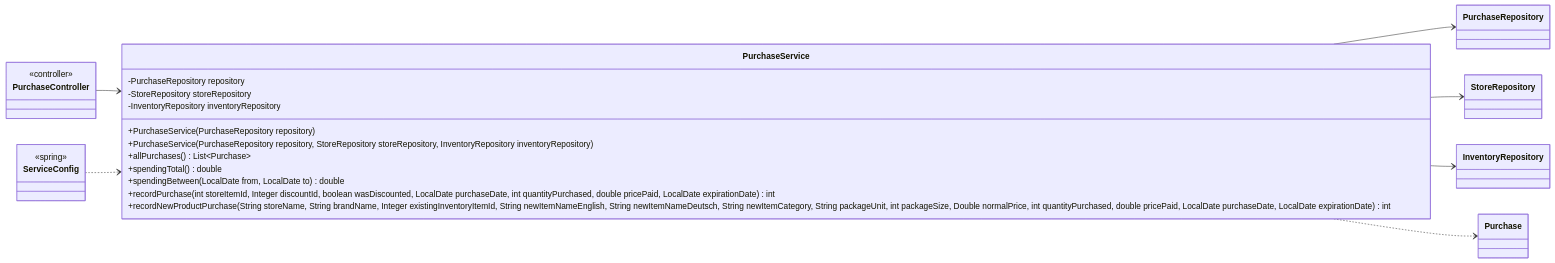
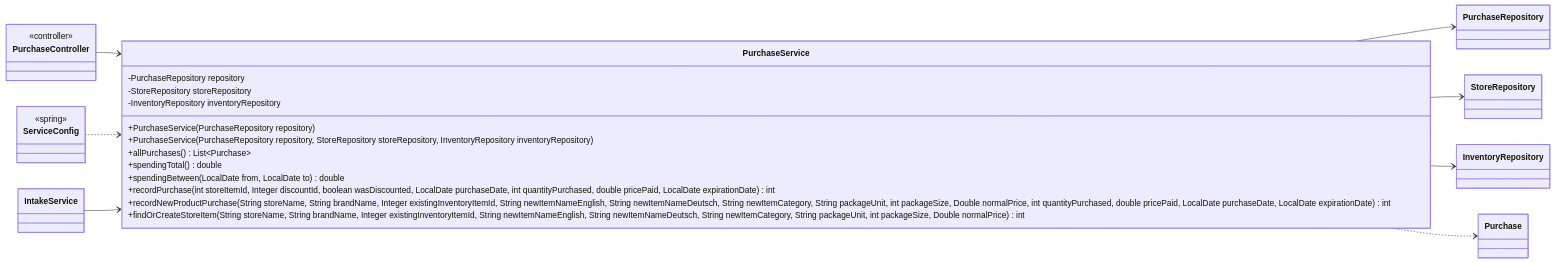
One commit to Nate-ryan-7690/dahaem changed the sixth of 8 diagrams in docs/classes/finance.md. Above: the diagram before and after it, drawn with Mermaid. The commit also changed other lines of this file and 8 other files, not shown here.

````diff
--- a/docs/classes/finance.md
+++ b/docs/classes/finance.md
@@ -203,32 +252,35 @@
 ```mermaid
 classDiagram
     direction LR
     class finance_PurchaseService["PurchaseService"] {
         -PurchaseRepository repository
         -StoreRepository storeRepository
         -InventoryRepository inventoryRepository
         +PurchaseService(PurchaseRepository repository)
         +PurchaseService(PurchaseRepository repository, StoreRepository storeRepository, InventoryRepository inventoryRepository)
         +allPurchases() List~Purchase~
         +spendingTotal() double
         +spendingBetween(LocalDate from, LocalDate to) double
         +recordPurchase(int storeItemId, Integer discountId, boolean wasDiscounted, LocalDate purchaseDate, int quantityPurchased, double pricePaid, LocalDate expirationDate) int
         +recordNewProductPurchase(String storeName, String brandName, Integer existingInventoryItemId, String newItemNameEnglish, String newItemNameDeutsch, String newItemCategory, String packageUnit, int packageSize, Double normalPrice, int quantityPurchased, double pricePaid, LocalDate purchaseDate, LocalDate expirationDate) int
+        +findOrCreateStoreItem(String storeName, String brandName, Integer existingInventoryItemId, String newItemNameEnglish, String newItemNameDeutsch, String newItemCategory, String packageUnit, int packageSize, Double normalPrice) int
     }
     class finance_PurchaseRepository["PurchaseRepository"]
     class stores_StoreRepository["StoreRepository"]
     class inventory_InventoryRepository["InventoryRepository"]
     class api_PurchaseController["PurchaseController"] {
         <<controller>>
     }
+    class barcode_IntakeService["IntakeService"]
     class finance_Purchase["Purchase"]
     class api_ServiceConfig["ServiceConfig"] {
         <<spring>>
     }
     finance_PurchaseService --> finance_PurchaseRepository
     finance_PurchaseService --> stores_StoreRepository
     finance_PurchaseService --> inventory_InventoryRepository
     finance_PurchaseService ..> finance_Purchase
     api_PurchaseController --> finance_PurchaseService
     api_ServiceConfig ..> finance_PurchaseService
+    barcode_IntakeService --> finance_PurchaseService
 ```
````
